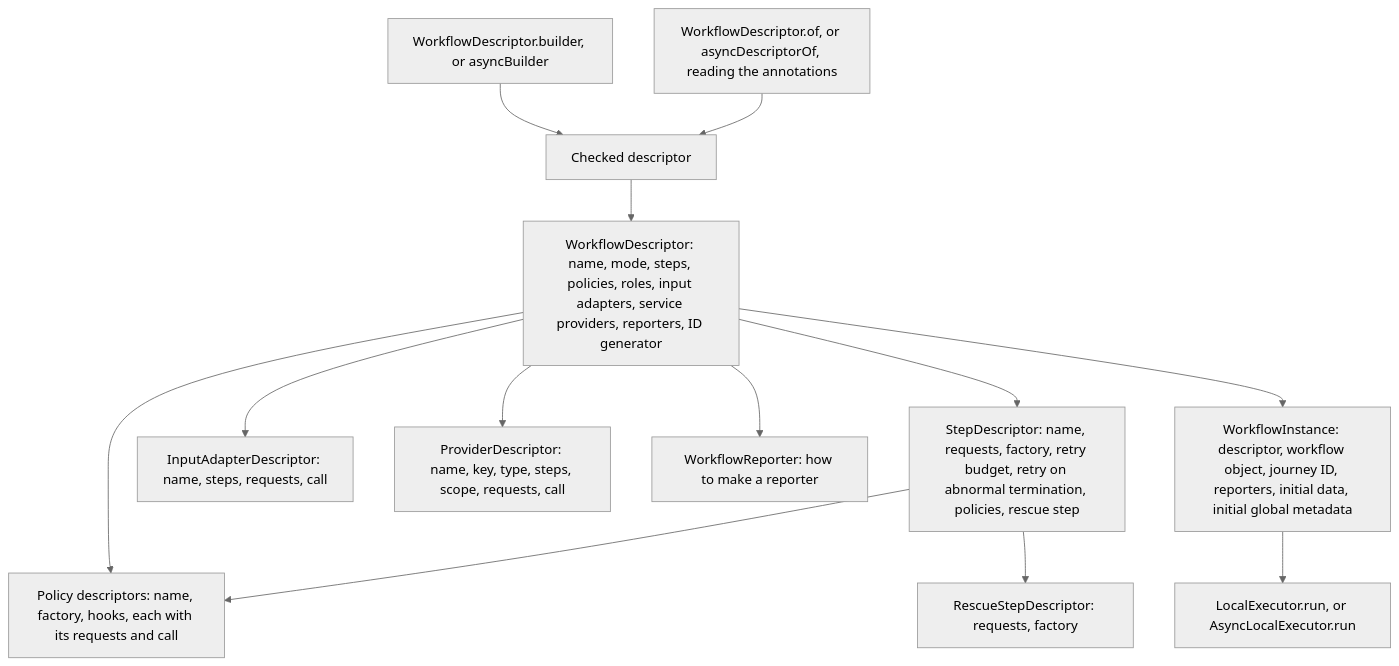
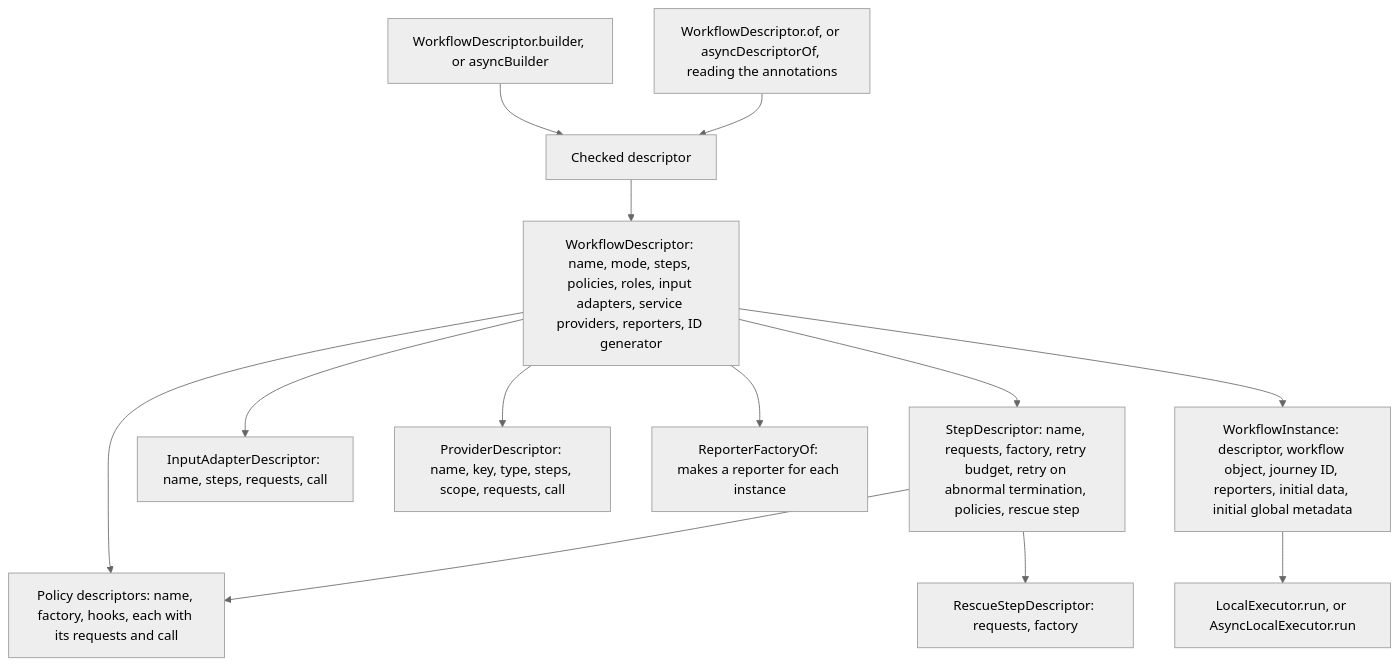
Before and after one commit to itinera-dev/itinera-j: the second of 4 diagrams in docs/architecture.md, drawn with Mermaid (neutral theme). The commit also changed other lines of this file and 26 other files, not shown here.

First line of the commit message:
refactor: list a workflow's reporters by their factories

````diff
--- a/docs/architecture.md
+++ b/docs/architecture.md
@@ -46,17 +46,17 @@
 ```mermaid
 flowchart TD
     accTitle: What a workflow descriptor and an instance hold
-    accDescr: A workflow descriptor holds its name, its mode, its step descriptors in order, its workflow policies in order, the roles it provides, its input adapters, its service providers, the reporters it lists and its journey ID generator. A step descriptor holds the step's name, its requests in order, its factory, its retry budget, whether it retries an abnormal termination, its step policies in order and its rescue step, if it has one. A rescue step descriptor holds the rescue step's requests in order and its factory. Its factory reads each request's answer from the Got it is given. A policy descriptor holds the policy's name, its factory and each hook it defines, with the hook's requests in order and its call. An input adapter descriptor holds the adapter's name, the steps it is attached to, its requests in order and its call. A service provider descriptor holds the provider's name, the key and type of the service it supplies, the steps it is attached to, its scope, its requests in order and its call. A listed reporter holds how to make a reporter for each instance. The builder of each mode, and the annotation reader of each mode through the same checks, make a checked descriptor. An instance holds the descriptor beside the workflow object, its journey ID, its reporters, the listed ones made first, its initial data and its initial global metadata. The executor of the instance's mode, LocalExecutor or AsyncLocalExecutor, runs it.
+    accDescr: A workflow descriptor holds its name, its mode, its step descriptors in order, its workflow policies in order, the roles it provides, its input adapters, its service providers, the reporters it lists and its journey ID generator. A step descriptor holds the step's name, its requests in order, its factory, its retry budget, whether it retries an abnormal termination, its step policies in order and its rescue step, if it has one. A rescue step descriptor holds the rescue step's requests in order and its factory. Its factory reads each request's answer from the Got it is given. A policy descriptor holds the policy's name, its factory and each hook it defines, with the hook's requests in order and its call. An input adapter descriptor holds the adapter's name, the steps it is attached to, its requests in order and its call. A service provider descriptor holds the provider's name, the key and type of the service it supplies, the steps it is attached to, its scope, its requests in order and its call. Each reporter it lists is a factory that makes a reporter for each instance. The builder of each mode, and the annotation reader of each mode through the same checks, make a checked descriptor. An instance holds the descriptor beside the workflow object, its journey ID, its reporters, the listed ones made first, its initial data and its initial global metadata. The executor of the instance's mode, LocalExecutor or AsyncLocalExecutor, runs it.
     builder["WorkflowDescriptor.builder, or asyncBuilder"] --> checked["Checked descriptor"]
     annotated["WorkflowDescriptor.of, or asyncDescriptorOf, reading the annotations"] --> checked
     checked --> descriptor["WorkflowDescriptor: name, mode, steps, policies, roles, input adapters, service providers, reporters, ID generator"]
     descriptor --> step["StepDescriptor: name, requests, factory, retry budget, retry on abnormal termination, policies, rescue step"]
     descriptor --> policy["Policy descriptors: name, factory, hooks, each with its requests and call"]
     step --> policy
     step --> rescue["RescueStepDescriptor: requests, factory"]
     descriptor --> adapter["InputAdapterDescriptor: name, steps, requests, call"]
     descriptor --> provider["ProviderDescriptor: name, key, type, steps, scope, requests, call"]
-    descriptor --> listed["WorkflowReporter: how to make a reporter"]
+    descriptor --> listed["ReporterFactoryOf: makes a reporter for each instance"]
     descriptor --> instance["WorkflowInstance: descriptor, workflow object, journey ID, reporters, initial data, initial global metadata"]
     instance --> executor["LocalExecutor.run, or AsyncLocalExecutor.run"]
 ```
````
